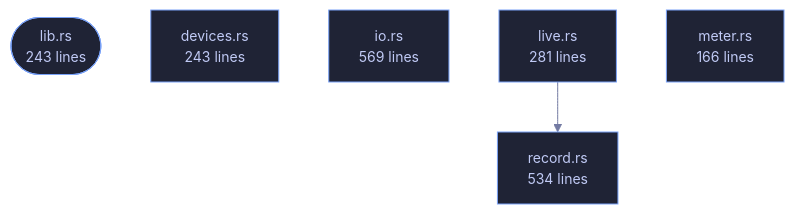
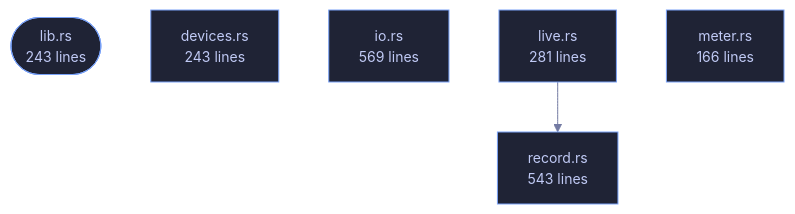
Before and after one commit to tilas01/veilvoice: the diagram in crates/veilvoice-audio/README.md, drawn with Mermaid. The commit also changed other lines of this file and 60 other files, not shown here.

````diff
--- a/crates/veilvoice-audio/README.md
+++ b/crates/veilvoice-audio/README.md
@@ -80,17 +80,17 @@
 ```mermaid
 %%{init: {"theme":"base","themeVariables":{"background":"#1a1b26","primaryColor":"#1f2335","primaryTextColor":"#c0caf5","primaryBorderColor":"#7aa2f7","secondaryColor":"#16161e","tertiaryColor":"#16161e","lineColor":"#737aa2","textColor":"#c0caf5","mainBkg":"#1f2335","nodeBorder":"#7aa2f7","clusterBkg":"#16161e","clusterBorder":"#2f3549","fontFamily":"ui-monospace, SFMono-Regular, Consolas, monospace","fontSize":"14px"}}}%%
 flowchart TD
     n_lib(["lib.rs<br/>243 lines"])
     n_devices["devices.rs<br/>243 lines"]
     n_io["io.rs<br/>569 lines"]
     n_live["live.rs<br/>281 lines"]
     n_meter["meter.rs<br/>166 lines"]
-    n_record["record.rs<br/>534 lines"]
+    n_record["record.rs<br/>543 lines"]
     n_live --> n_record
     click n_lib href "https://github.com/tilas01/veilvoice/blob/main/crates/veilvoice-audio/src/lib.rs" "open the source"
     click n_devices href "https://github.com/tilas01/veilvoice/blob/main/crates/veilvoice-audio/src/devices.rs" "open the source"
     click n_io href "https://github.com/tilas01/veilvoice/blob/main/crates/veilvoice-audio/src/io.rs" "open the source"
     click n_live href "https://github.com/tilas01/veilvoice/blob/main/crates/veilvoice-audio/src/live.rs" "open the source"
     click n_meter href "https://github.com/tilas01/veilvoice/blob/main/crates/veilvoice-audio/src/meter.rs" "open the source"
     click n_record href "https://github.com/tilas01/veilvoice/blob/main/crates/veilvoice-audio/src/record.rs" "open the source"
 ```
````
